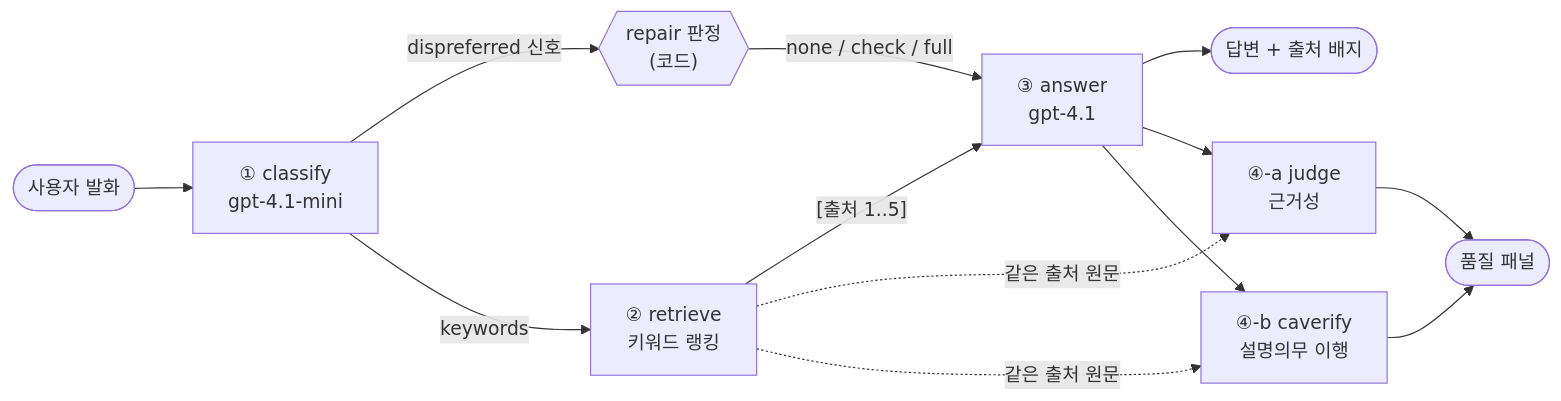
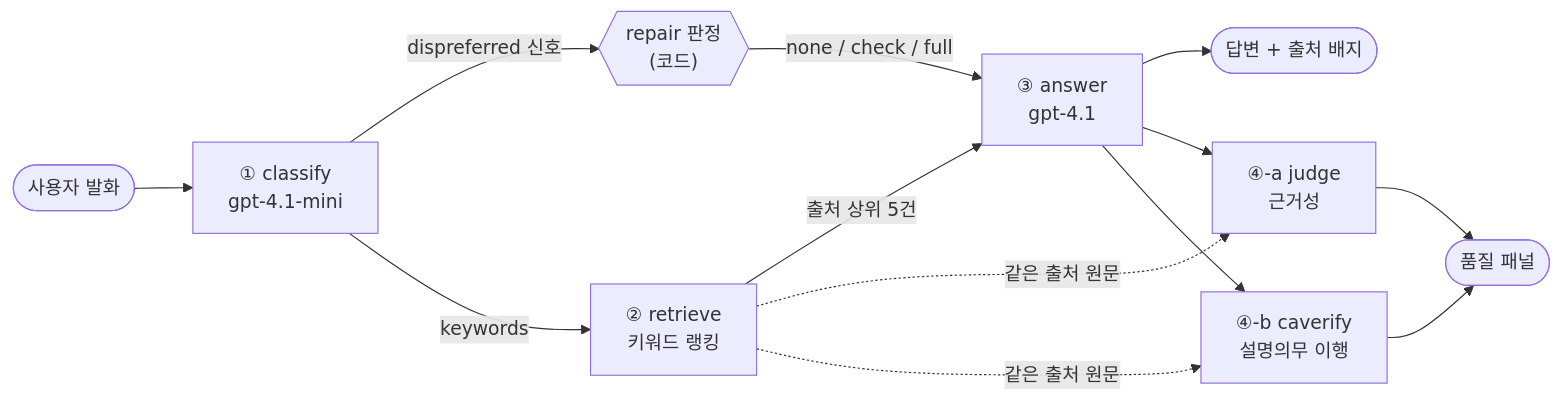
One commit to JelimLee/soboru changed the diagram in README.md. Above: the diagram before and after it, drawn with Mermaid.

Commit message:
README mermaid 다이어그램 라벨 인용부호 처리
노드·엣지 라벨에 +, /, 대괄호가 인용부호 없이 들어가 있어 렌더러에 따라
파싱이 깨질 수 있었다. 전부 따옴표로 감쌌다. 내용 변경 없음.

````diff
--- a/README.md
+++ b/README.md
@@ -31,15 +31,15 @@
 ```mermaid
 flowchart LR
-  Q([사용자 발화]) --> C["① classify<br/>gpt-4.1-mini"]
-  C -->|dispreferred 신호| M{{"repair 판정<br/>(코드)"}}
-  C -->|keywords| R["② retrieve<br/>키워드 랭킹"]
-  R -->|"[출처 1..5]"| A["③ answer<br/>gpt-4.1"]
-  M -->|none / check / full| A
-  A --> OUT([답변 + 출처 배지])
+  Q(["사용자 발화"]) --> C["① classify<br/>gpt-4.1-mini"]
+  C -->|"dispreferred 신호"| M{{"repair 판정<br/>(코드)"}}
+  C -->|"keywords"| R["② retrieve<br/>키워드 랭킹"]
+  R -->|"출처 상위 5건"| A["③ answer<br/>gpt-4.1"]
+  M -->|"none / check / full"| A
+  A --> OUT(["답변 + 출처 배지"])
   A --> J["④-a judge<br/>근거성"]
   A --> V["④-b caverify<br/>설명의무 이행"]
-  R -.같은 출처 원문.-> J
-  R -.같은 출처 원문.-> V
-  J --> P([품질 패널])
+  R -. "같은 출처 원문" .-> J
+  R -. "같은 출처 원문" .-> V
+  J --> P(["품질 패널"])
   V --> P
 ```
````
